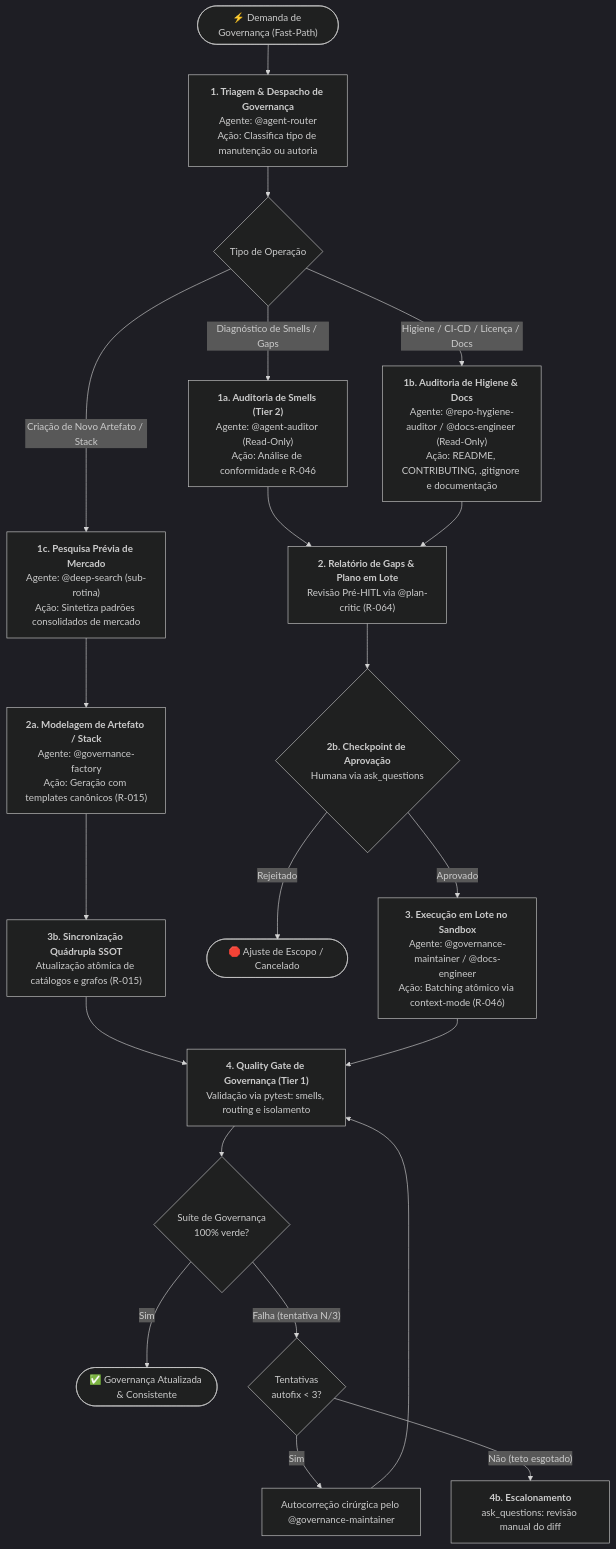
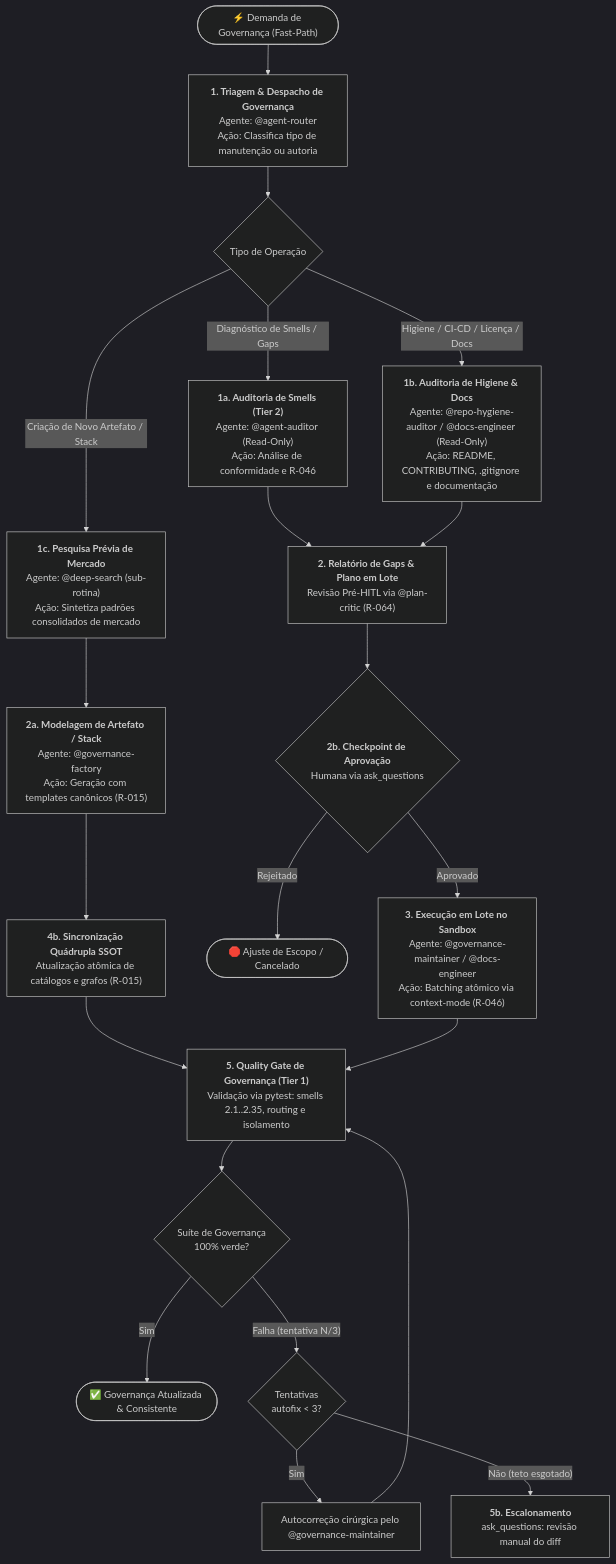
Before and after one commit to jezreel8858/deep-agents-copilot: the diagram in .github/agents/workflows/workflow-governance-maintenance.md, drawn with Mermaid (dark theme). The commit also changed other lines of this file and 15 other files, not shown here.

````diff
--- a/.github/agents/workflows/workflow-governance-maintenance.md
+++ b/.github/agents/workflows/workflow-governance-maintenance.md
@@ -12,30 +12,30 @@
 ```mermaid
 flowchart TD
     ReqGov(["⚡ Demanda de Governança (Fast-Path)"]) --> RouterGov["<b>1. Triagem & Despacho de Governança</b><br/>Agente: @agent-router<br/>Ação: Classifica tipo de manutenção ou autoria"]
 
     RouterGov --> GovCheck{"Tipo de Operação"}
 
     GovCheck -- "Diagnóstico de Smells / Gaps" --> Auditor["<b>1a. Auditoria de Smells (Tier 2)</b><br/>Agente: @agent-auditor (Read-Only)<br/>Ação: Análise de conformidade e R-046"]
     GovCheck -- "Higiene / CI-CD / Licença / Docs" --> Hygiene["<b>1b. Auditoria de Higiene & Docs</b><br/>Agente: @repo-hygiene-auditor / @docs-engineer (Read-Only)<br/>Ação: README, CONTRIBUTING, .gitignore e documentação"]
     GovCheck -- "Criação de Novo Artefato / Stack" --> PreSearch["<b>1c. Pesquisa Prévia de Mercado</b><br/>Agente: @deep-search (sub-rotina)<br/>Ação: Sintetiza padrões consolidados de mercado"]
 
     PreSearch --> Factory["<b>2a. Modelagem de Artefato / Stack</b><br/>Agente: @governance-factory<br/>Ação: Geração com templates canônicos (R-015)"]
 
     Auditor & Hygiene --> PlanReport["<b>2. Relatório de Gaps & Plano em Lote</b><br/>Revisão Pré-HITL via @plan-critic (R-064)"]
 
     PlanReport --> HumanGate{"<b>2b. Checkpoint de Aprovação</b><br/>Humana via ask_questions"}
 
     HumanGate -- "Aprovado" --> Maintainer["<b>3. Execução em Lote no Sandbox</b><br/>Agente: @governance-maintainer / @docs-engineer<br/>Ação: Batching atômico via context-mode (R-046)"]
     HumanGate -- "Rejeitado" --> EndCancel(["🛑 Ajuste de Escopo / Cancelado"])
 
-    Factory --> MaintainerSync["<b>3b. Sincronização Quádrupla SSOT</b><br/>Atualização atômica de catálogos e grafos (R-015)"]
-    MaintainerSync --> GateGov["<b>4. Quality Gate de Governança (Tier 1)</b><br/>Validação via pytest: smells, routing e isolamento"]
+    Factory --> MaintainerSync["<b>4b. Sincronização Quádrupla SSOT</b><br/>Atualização atômica de catálogos e grafos (R-015)"]
+    MaintainerSync --> GateGov["<b>5. Quality Gate de Governança (Tier 1)</b><br/>Validação via pytest: smells 2.1..2.35, routing e isolamento"]
     Maintainer --> GateGov
 
     GateGov --> CheckGov{"Suíte de Governança<br/>100% verde?"}
     CheckGov -- "Sim" --> EndDone(["✅ Governança Atualizada & Consistente"])
     CheckGov -- "Falha (tentativa N/3)" --> CheckAutoFixCap{"Tentativas<br/>autofix < 3?"}
     CheckAutoFixCap -- "Sim" --> AutoFix["Autocorreção cirúrgica pelo @governance-maintainer"]
     AutoFix --> GateGov
-    CheckAutoFixCap -- "Não (teto esgotado)" --> GovEscalate["<b>4b. Escalonamento</b><br/>ask_questions: revisão manual do diff"]
+    CheckAutoFixCap -- "Não (teto esgotado)" --> GovEscalate["<b>5b. Escalonamento</b><br/>ask_questions: revisão manual do diff"]
 ```
````
